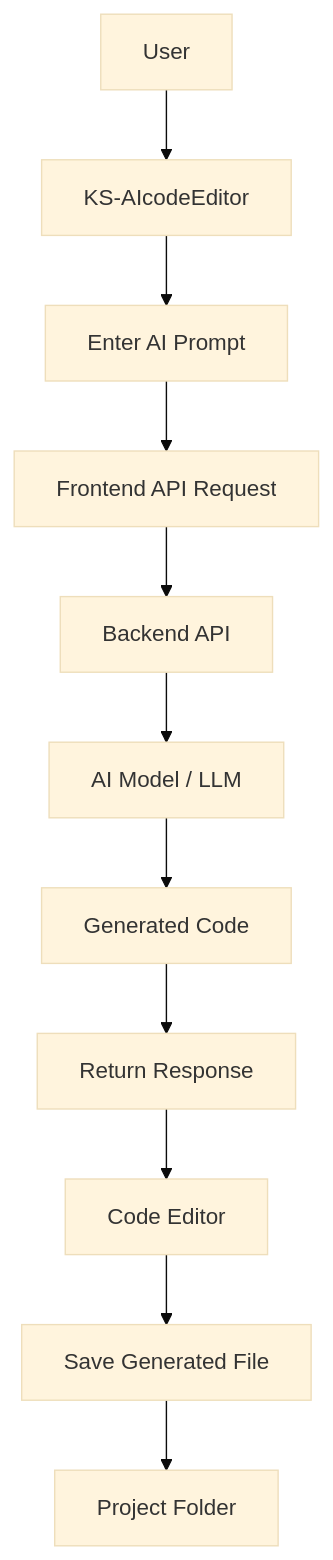
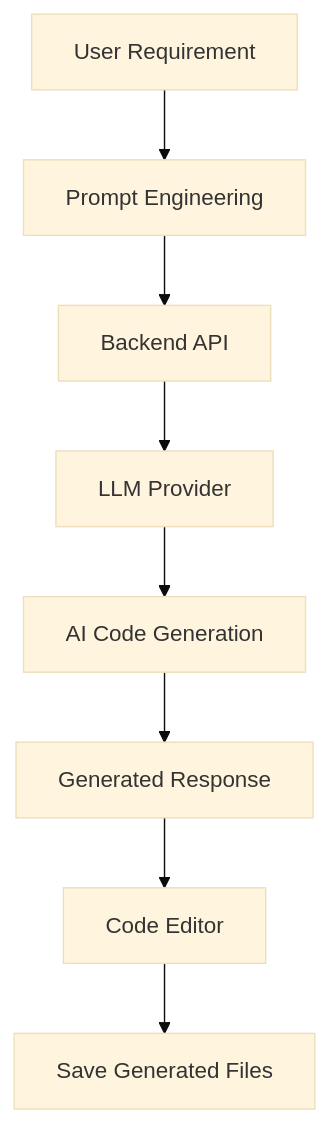
Before and after one commit to keshviSolanki/KS-AIcodeEditor: the first of 4 diagrams in README.md, drawn with Mermaid (base theme). The commit also changed other lines of this file, not shown here.

````diff
--- a/README.md
+++ b/README.md
@@ -57,13 +54,10 @@
 ```mermaid
 flowchart TD
-    A["User"] --> B["KS-AIcodeEditor"]
-    B --> C["Enter AI Prompt"]
-    C --> D["Frontend API Request"]
-    D --> E["Backend API"]
-    E --> F["AI Model / LLM"]
-    F --> G["Generated Code"]
-    G --> H["Return Response"]
-    H --> I["Code Editor"]
-    I --> J["Save Generated File"]
-    J --> K["Project Folder"]
+    A["User Requirement"] --> B["Prompt Engineering"]
+    B --> C["Backend API"]
+    C --> D["LLM Provider"]
+    D --> E["AI Code Generation"]
+    E --> F["Generated Response"]
+    F --> G["Code Editor"]
+    G --> H["Save Generated Files"]
 ```
````
